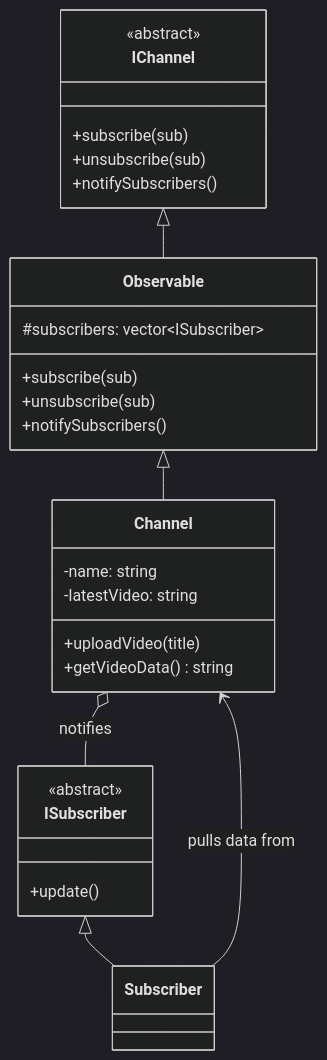
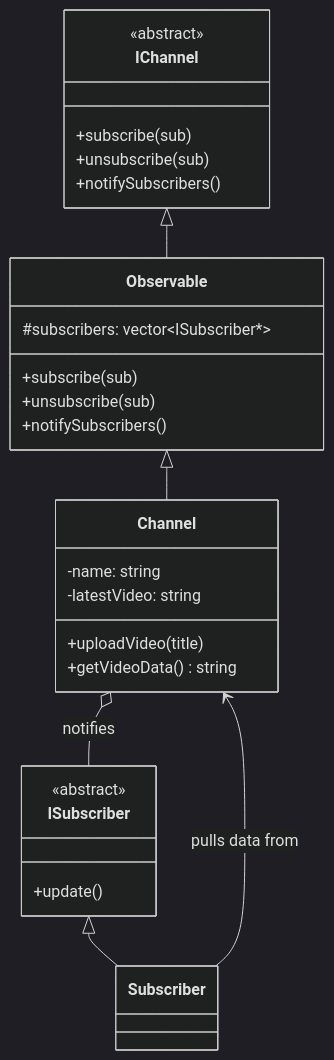
Before and after one commit to Ateeth/Low-Level-Design: diagram 32 of 38 in lld_notes.md, drawn with Mermaid (dark theme).

Commit message:
Potential fix for pull request finding

````diff
--- a/lld_notes.md
+++ b/lld_notes.md
@@ -1942,31 +1942,31 @@
 ```mermaid
 classDiagram
     IChannel <|-- Observable
     Observable <|-- Channel
     ISubscriber <|-- Subscriber
     Channel o-- ISubscriber : notifies
     Subscriber --> Channel : pulls data from
 
     class IChannel {
         <<abstract>>
         +subscribe(sub)
         +unsubscribe(sub)
         +notifySubscribers()
     }
     class Observable {
-        #subscribers: vector~ISubscriber~
+        #subscribers: vector~ISubscriber*~
         +subscribe(sub)
         +unsubscribe(sub)
         +notifySubscribers()
     }
     class Channel {
         -name: string
         -latestVideo: string
         +uploadVideo(title)
         +getVideoData() string
     }
     class ISubscriber {
         <<abstract>>
         +update()
     }
 ```
````
